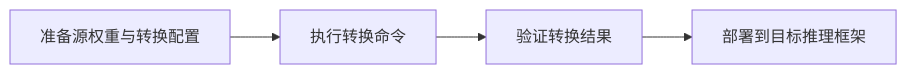
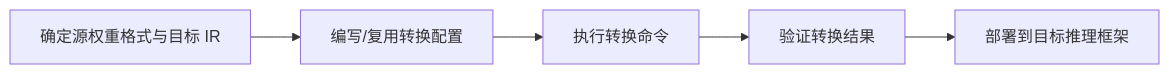
The diagram in msmodelslim/docs/zh/knowledge_base/ptq/convert/usage_weight_conversion.md (mindstudio-docs/master), drawn with Mermaid before and after one commit. The commit also changed other lines of this file and 107 other files, not shown here.

````diff
--- a/msmodelslim/docs/zh/knowledge_base/ptq/convert/usage_weight_conversion.md
+++ b/msmodelslim/docs/zh/knowledge_base/ptq/convert/usage_weight_conversion.md
@@ -63,6 +30,7 @@
 ```mermaid
 flowchart LR
-  A[准备源权重与转换配置] --> B[执行转换命令]
-  B --> C[验证转换结果]
-  C --> D[部署到目标推理框架]
+    A[确定源权重格式与目标 IR] --> B[编写/复用转换配置]
+    B --> C[执行转换命令]
+    C --> D[验证转换结果]
+    D --> E[部署到目标推理框架]
 ```
````
